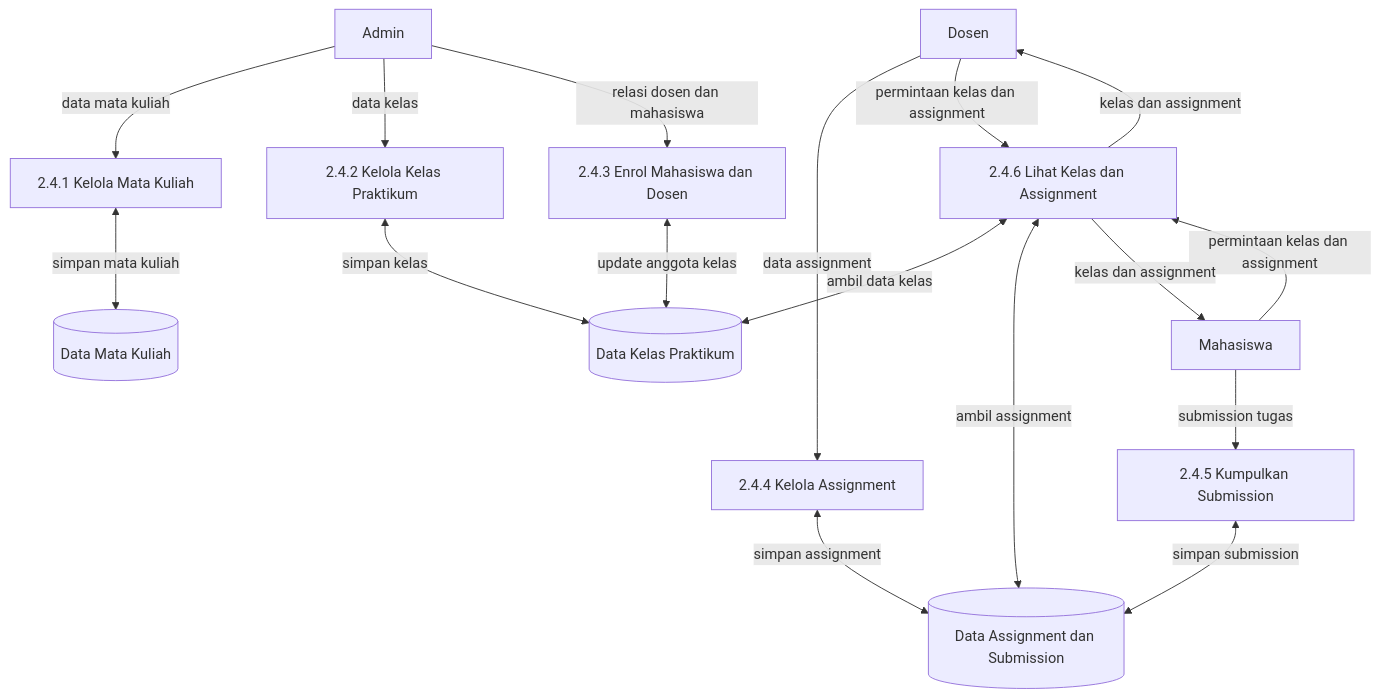
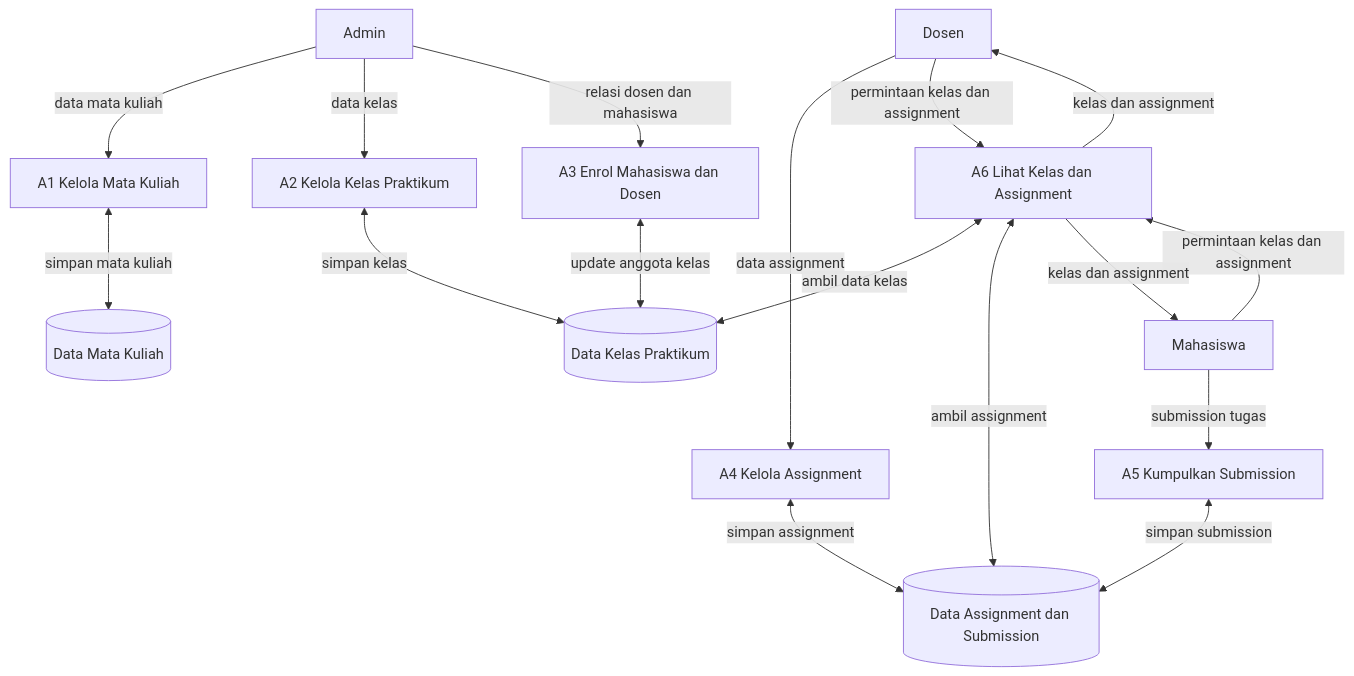
One commit to taufiq1285/sistem-pwa changed the eighth of 13 diagrams in docs/DFD.md. Above: the diagram before and after it, drawn with Mermaid. The commit also changed other lines of this file and 69 other files, not shown here.

````diff
--- a/docs/DFD.md
+++ b/docs/DFD.md
@@ -355,33 +423,33 @@
 ```mermaid
 graph TB
     Admin[Admin]
     Dosen[Dosen]
     Mahasiswa[Mahasiswa]
     D1[(Data Mata Kuliah)]
     D2[(Data Kelas Praktikum)]
     D3[(Data Assignment dan Submission)]
  
-    P5_1[2.4.1 Kelola Mata Kuliah]
-    P5_2[2.4.2 Kelola Kelas Praktikum]
-    P5_3[2.4.3 Enrol Mahasiswa dan Dosen]
-    P5_4[2.4.4 Kelola Assignment]
-    P5_5[2.4.5 Kumpulkan Submission]
-    P5_6[2.4.6 Lihat Kelas dan Assignment]
+    P6_1[A1 Kelola Mata Kuliah]
+    P6_2[A2 Kelola Kelas Praktikum]
+    P6_3[A3 Enrol Mahasiswa dan Dosen]
+    P6_4[A4 Kelola Assignment]
+    P6_5[A5 Kumpulkan Submission]
+    P6_6[A6 Lihat Kelas dan Assignment]
  
-    Admin -->|data mata kuliah| P5_1
-    P5_1 <-->|simpan mata kuliah| D1
-    Admin -->|data kelas| P5_2
-    P5_2 <-->|simpan kelas| D2
-    Admin -->|relasi dosen dan mahasiswa| P5_3
-    P5_3 <-->|update anggota kelas| D2
-    Dosen -->|data assignment| P5_4
-    P5_4 <-->|simpan assignment| D3
-    Mahasiswa -->|submission tugas| P5_5
-    P5_5 <-->|simpan submission| D3
-    Dosen -->|permintaan kelas dan assignment| P5_6
-    Mahasiswa -->|permintaan kelas dan assignment| P5_6
-    P5_6 <-->|ambil data kelas| D2
-    P5_6 <-->|ambil assignment| D3
-    P5_6 -->|kelas dan assignment| Dosen
-    P5_6 -->|kelas dan assignment| Mahasiswa
+    Admin -->|data mata kuliah| P6_1
+    P6_1 <-->|simpan mata kuliah| D1
+    Admin -->|data kelas| P6_2
+    P6_2 <-->|simpan kelas| D2
+    Admin -->|relasi dosen dan mahasiswa| P6_3
+    P6_3 <-->|update anggota kelas| D2
+    Dosen -->|data assignment| P6_4
+    P6_4 <-->|simpan assignment| D3
+    Mahasiswa -->|submission tugas| P6_5
+    P6_5 <-->|simpan submission| D3
+    Dosen -->|permintaan kelas dan assignment| P6_6
+    Mahasiswa -->|permintaan kelas dan assignment| P6_6
+    P6_6 <-->|ambil data kelas| D2
+    P6_6 <-->|ambil assignment| D3
+    P6_6 -->|kelas dan assignment| Dosen
+    P6_6 -->|kelas dan assignment| Mahasiswa
 ```
````
